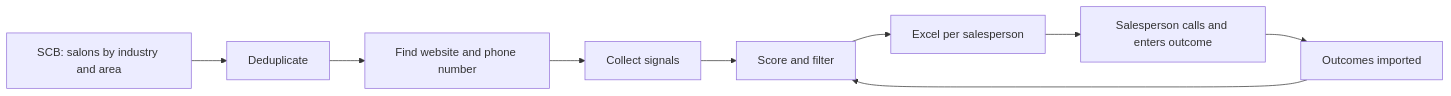
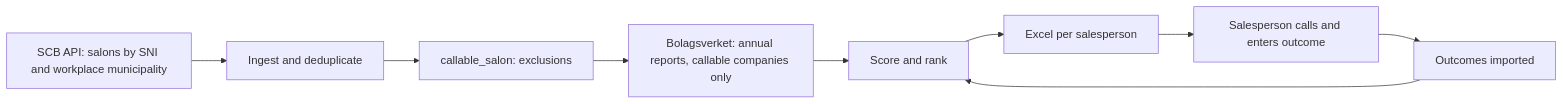
One commit to Kisslo/reacher changed the diagram in .github/workflows/claude.md. Above: the diagram before and after it, drawn with Mermaid. The commit also changed other lines of this file and 3 other files, not shown here.

First line of the commit message:
J-05: Update context for SCB new API and Bolagsverket

````diff
--- a/.github/workflows/claude.md
+++ b/.github/workflows/claude.md
@@ -190,11 +217,11 @@
 ```mermaid
 flowchart LR
-    A[SCB: salons by industry and area] --> B[Deduplicate]
-    B --> C[Find website and phone number]
-    C --> D[Collect signals]
-    D --> E[Score and filter]
+    A[SCB API: salons by SNI and workplace municipality] --> B[Ingest and deduplicate]
+    B --> C[callable_salon: exclusions]
+    C --> D[Bolagsverket: annual reports, callable companies only]
+    D --> E[Score and rank]
     E --> F[Excel per salesperson]
     F --> G[Salesperson calls and enters outcome]
     G --> H[Outcomes imported]
     H --> E
 ```
````
